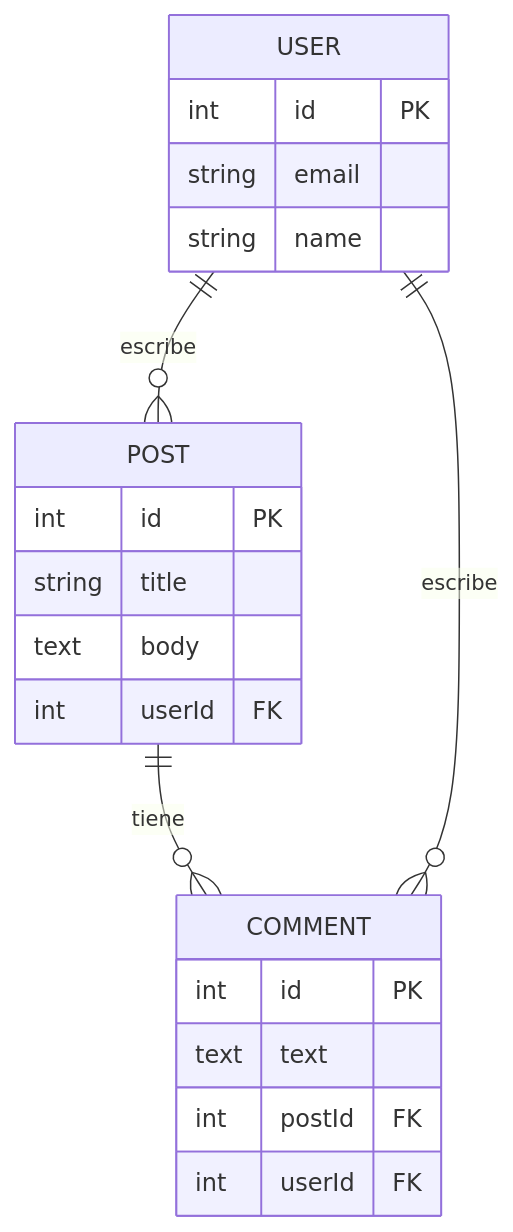
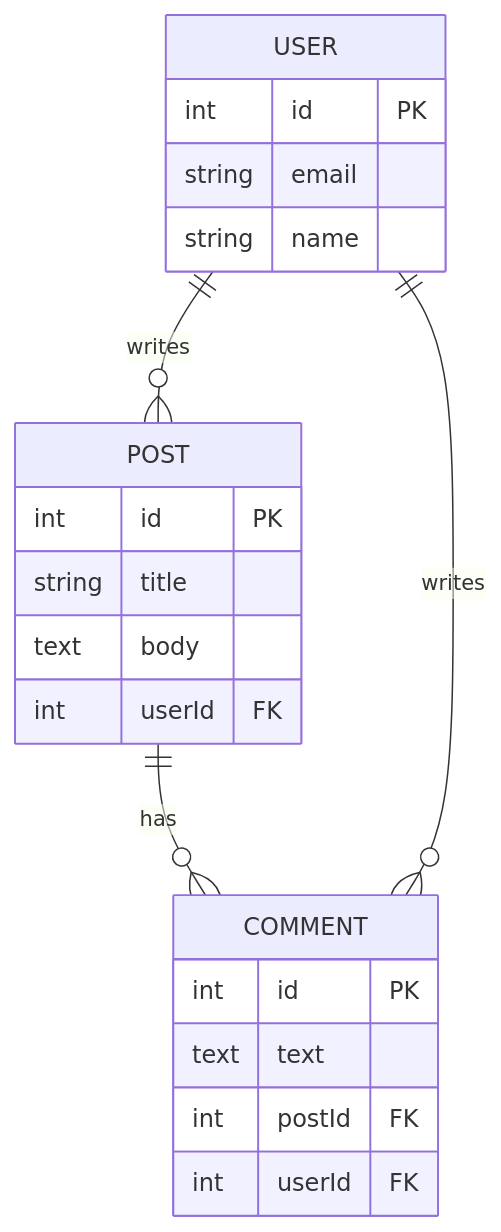
Before and after one commit to jsa4000/Getting-Started-Fullstack: the second of 4 diagrams in docs/slides/SLIDES.es.md, drawn with Mermaid. The commit also changed other lines of this file and 2 other files, not shown here.

```diff
--- a/docs/slides/SLIDES.es.md
+++ b/docs/slides/SLIDES.es.md
@@ -349,23 +349,23 @@
 <div class="mermaid">
 erDiagram
     USER {
         int id PK
         string email
         string name
     }
     POST {
         int id PK
         string title
         text body
         int userId FK
     }
     COMMENT {
         int id PK
         text text
         int postId FK
         int userId FK
     }
-    USER ||--o{ POST : "escribe"
-    POST ||--o{ COMMENT : "tiene"
-    USER ||--o{ COMMENT : "escribe"
+    USER ||--o{ POST : "writes"
+    POST ||--o{ COMMENT : "has"
+    USER ||--o{ COMMENT : "writes"
 </div>
```
